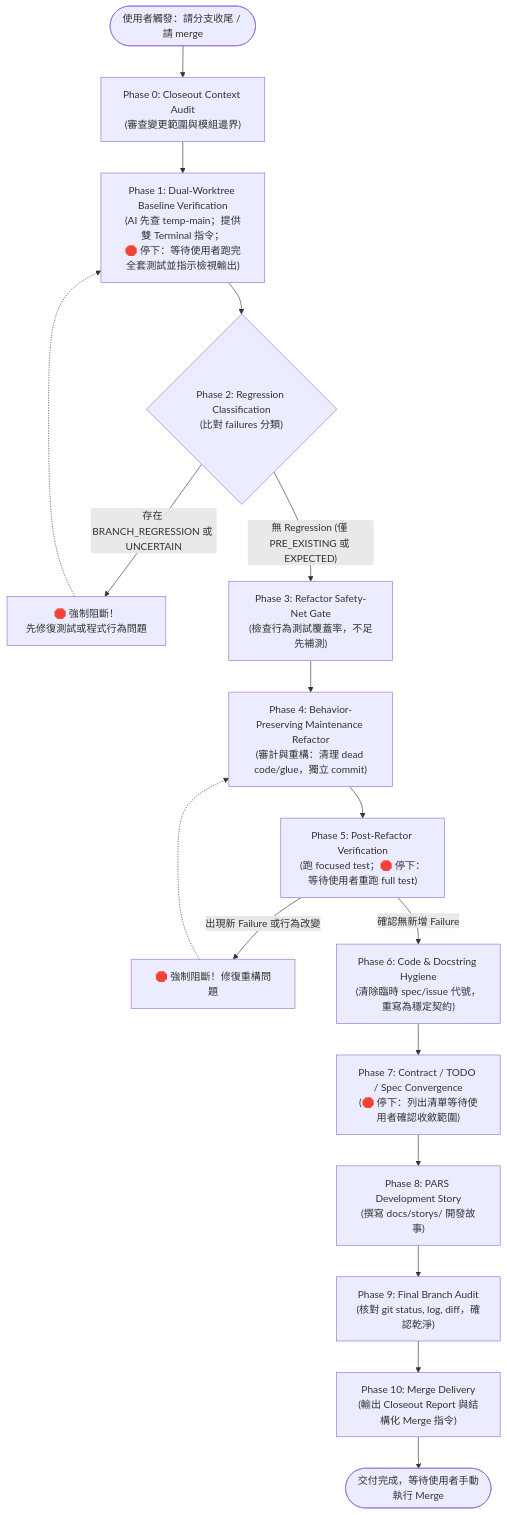
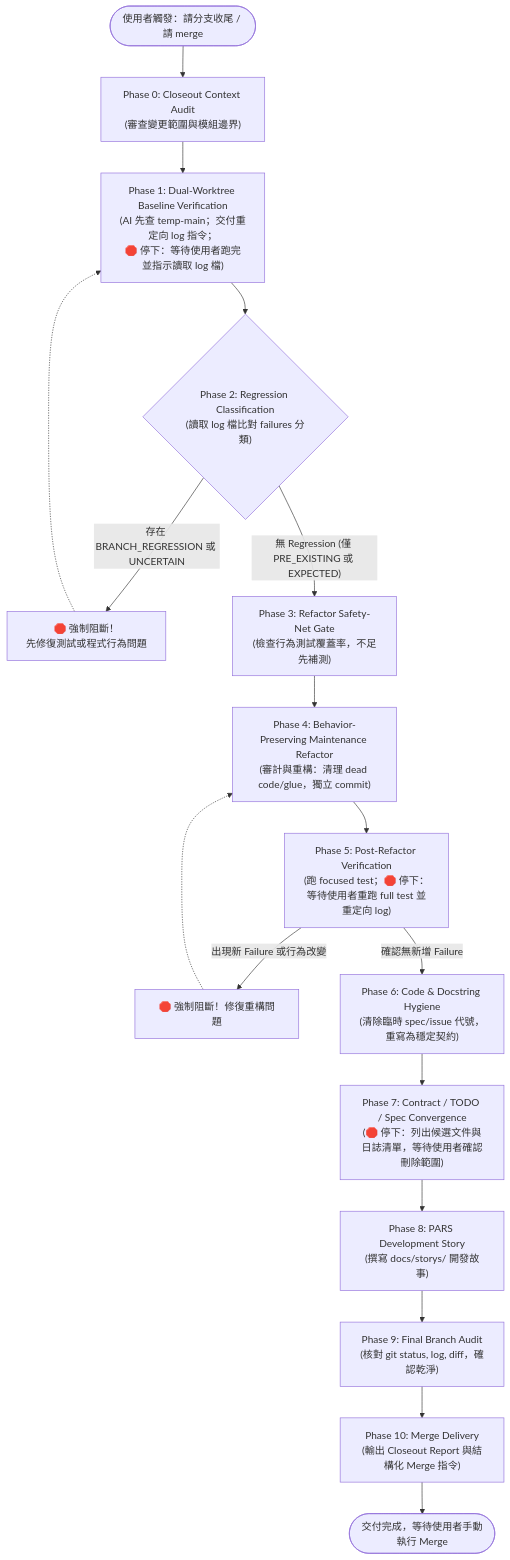
Before and after one commit to alu98753/Blackfire-CV-Autopilot: the diagram in .agents/skills/branch_completion_workflow/SKILL.md, drawn with Mermaid. The commit also changed other lines of this file, not shown here.

Commit message:
docs(agents): update branch closeout workflow to redirect test output to logs and clean up in phase 7

````diff
--- a/.agents/skills/branch_completion_workflow/SKILL.md
+++ b/.agents/skills/branch_completion_workflow/SKILL.md
@@ -61,23 +61,23 @@
 ```mermaid
 flowchart TD
     Start(["使用者觸發：請分支收尾 / 請 merge"]) --> P0["Phase 0: Closeout Context Audit<br>(審查變更範圍與模組邊界)"]
-    P0 --> P1["Phase 1: Dual-Worktree Baseline Verification<br>(AI 先查 temp-main；提供雙 Terminal 指令；<br>🛑 停下：等待使用者跑完全套測試並指示檢視輸出)"]
-    P1 --> P2{"Phase 2: Regression Classification<br>(比對 failures 分類)"}
+    P0 --> P1["Phase 1: Dual-Worktree Baseline Verification<br>(AI 先查 temp-main；交付重定向 log 指令；<br>🛑 停下：等待使用者跑完並指示讀取 log 檔)"]
+    P1 --> P2{"Phase 2: Regression Classification<br>(讀取 log 檔比對 failures 分類)"}
     
     P2 -- "存在 BRANCH_REGRESSION 或 UNCERTAIN" --> P2_Block["🛑 強制阻斷！<br>先修復測試或程式行為問題"]
     P2_Block -.-> P1
     
     P2 -- "無 Regression (僅 PRE_EXISTING 或 EXPECTED)" --> P3["Phase 3: Refactor Safety-Net Gate<br>(檢查行為測試覆蓋率，不足先補測)"]
     P3 --> P4["Phase 4: Behavior-Preserving Maintenance Refactor<br>(審計與重構：清理 dead code/glue，獨立 commit)"]
-    P4 --> P5["Phase 5: Post-Refactor Verification<br>(跑 focused test；🛑 停下：等待使用者重跑 full test)"]
+    P4 --> P5["Phase 5: Post-Refactor Verification<br>(跑 focused test；🛑 停下：等待使用者重跑 full test 並重定向 log)"]
     
     P5 -- "出現新 Failure 或行為改變" --> P5_Block["🛑 強制阻斷！修復重構問題"]
     P5_Block -.-> P4
     
     P5 -- "確認無新增 Failure" --> P6["Phase 6: Code & Docstring Hygiene<br>(清除臨時 spec/issue 代號，重寫為穩定契約)"]
-    P6 --> P7["Phase 7: Contract / TODO / Spec Convergence<br>(🛑 停下：列出清單等待使用者確認收斂範圍)"]
+    P6 --> P7["Phase 7: Contract / TODO / Spec Convergence<br>(🛑 停下：列出候選文件與日誌清單，等待使用者確認刪除範圍)"]
     P7 --> P8["Phase 8: PARS Development Story<br>(撰寫 docs/storys/ 開發故事)"]
     P8 --> P9["Phase 9: Final Branch Audit<br>(核對 git status, log, diff，確認乾淨)"]
     P9 --> P10["Phase 10: Merge Delivery<br>(輸出 Closeout Report 與結構化 Merge 指令)"]
     P10 --> End(["交付完成，等待使用者手動執行 Merge"])
 ```
````
